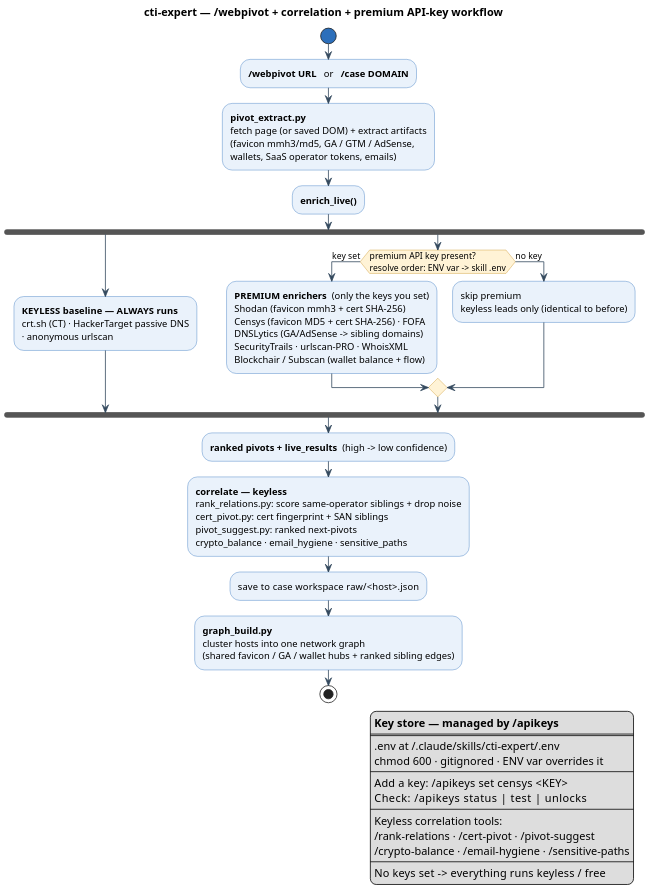
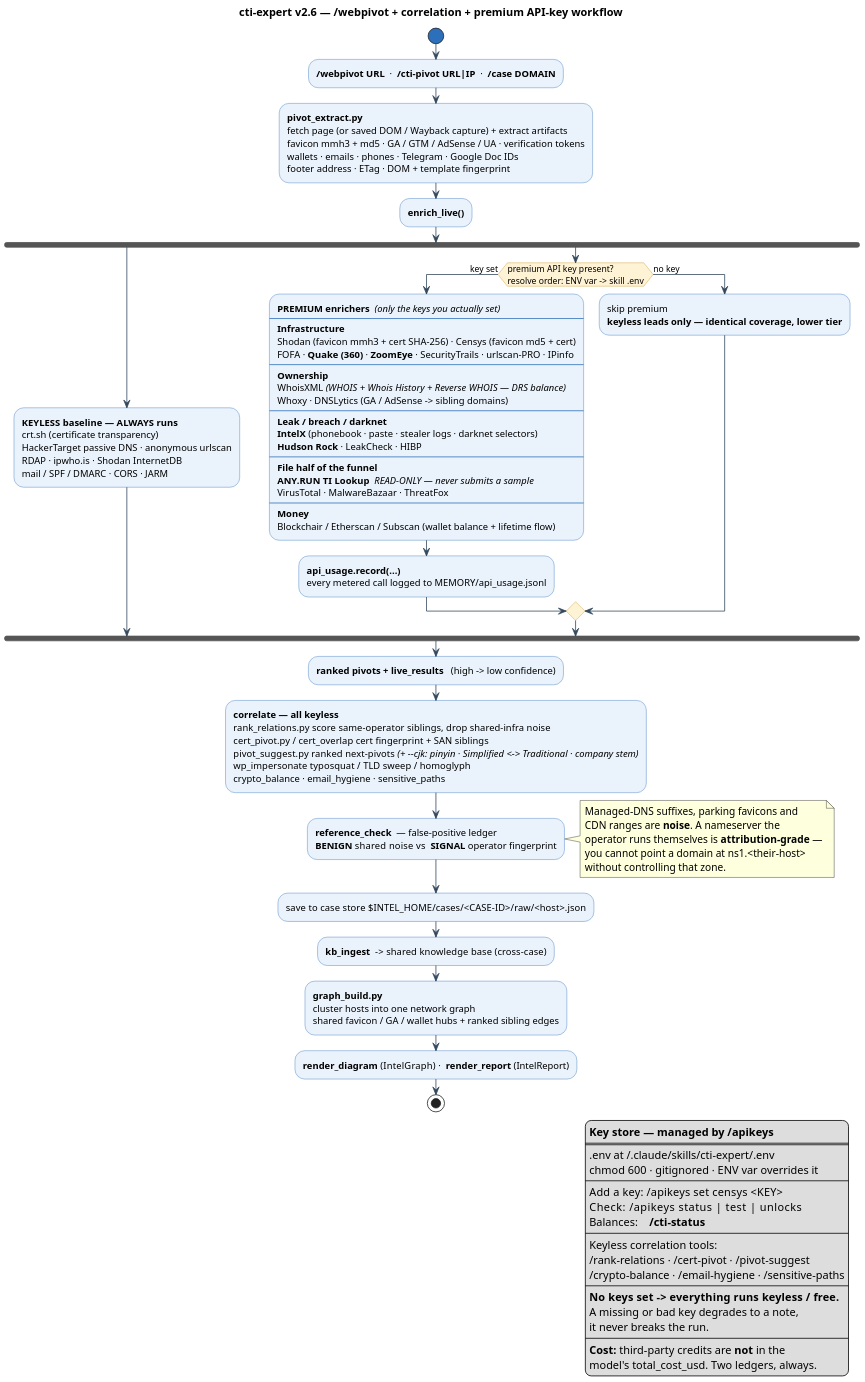
One commit to 7onez/cti-expert changed the diagram in workflow-apikeys.puml. Above: the diagram before and after it, drawn with PlantUML. The commit also changed 8 other files, not shown here.

```diff
--- a/workflow-apikeys.puml
+++ b/workflow-apikeys.puml
@@ -1,52 +1,96 @@
 @startuml
-title cti-expert — /webpivot + correlation + premium API-key workflow
+title cti-expert v2.6 — /webpivot + correlation + premium API-key workflow
 skinparam shadowing false
 skinparam dpi 150
 skinparam defaultFontName "Segoe UI"
 skinparam ArrowColor #34495E
 skinparam activity {
   BackgroundColor #EAF2FB
   BorderColor #2C6FBB
   DiamondBackgroundColor #FFF3D6
   DiamondBorderColor #C8901F
   StartColor #2C6FBB
   EndColor #2C6FBB
 }
 
 start
-:**/webpivot URL**   or   **/case DOMAIN**;
-:**pivot_extract.py**\nfetch page (or saved DOM) + extract artifacts\n(favicon mmh3/md5, GA / GTM / AdSense,\nwallets, SaaS operator tokens, emails);
+:**/webpivot URL**  ·  **/cti-pivot URL|IP**  ·  **/case DOMAIN**;
+:**pivot_extract.py**\nfetch page (or saved DOM / Wayback capture) + extract artifacts\nfavicon mmh3 + md5 · GA / GTM / AdSense / UA · verification tokens\nwallets · emails · phones · Telegram · Google Doc IDs\nfooter address · ETag · DOM + template fingerprint;
 :**enrich_live()**;
 
 fork
-  :**KEYLESS baseline — ALWAYS runs**\ncrt.sh (CT) · HackerTarget passive DNS\n· anonymous urlscan;
+  :**KEYLESS baseline — ALWAYS runs**\ncrt.sh (certificate transparency)\nHackerTarget passive DNS · anonymous urlscan\nRDAP · ipwho.is · Shodan InternetDB\nmail / SPF / DMARC · CORS · JARM;
 fork again
   if (premium API key present?\nresolve order: ENV var -> skill .env) then (key set)
-    :**PREMIUM enrichers**  (only the keys you set)\nShodan (favicon mmh3 + cert SHA-256)\nCensys (favicon MD5 + cert SHA-256) · FOFA\nDNSLytics (GA/AdSense -> sibling domains)\nSecurityTrails · urlscan-PRO · WhoisXML\nBlockchair / Subscan (wallet balance + flow);
+    :**PREMIUM enrichers**  //(only the keys you actually set)//
+    ----
+    **Infrastructure**
+    Shodan (favicon mmh3 + cert SHA-256) · Censys (favicon md5 + cert)
+    FOFA · **Quake (360)** · **ZoomEye** · SecurityTrails · urlscan-PRO · IPinfo
+    ----
+    **Ownership**
+    WhoisXML //(WHOIS + Whois History + Reverse WHOIS — DRS balance)//
+    Whoxy · DNSLytics (GA / AdSense -> sibling domains)
+    ----
+    **Leak / breach / darknet**
+    **IntelX** (phonebook · paste · stealer logs · darknet selectors)
+    **Hudson Rock** · LeakCheck · HIBP
+    ----
+    **File half of the funnel**
+    **ANY.RUN TI Lookup**  //READ-ONLY — never submits a sample//
+    VirusTotal · MalwareBazaar · ThreatFox
+    ----
+    **Money**
+    Blockchair / Etherscan / Subscan (wallet balance + lifetime flow);
+    :**api_usage.record(...)**\nevery metered call logged to MEMORY/api_usage.jsonl;
   else (no key)
-    :skip premium\nkeyless leads only (identical to before);
+    :skip premium\n**keyless leads only — identical coverage, lower tier**;
   endif
 end fork
 
-:**ranked pivots + live_results**  (high -> low confidence);
-:**correlate — keyless**\nrank_relations.py: score same-operator siblings + drop noise\ncert_pivot.py: cert fingerprint + SAN siblings\npivot_suggest.py: ranked next-pivots\ncrypto_balance · email_hygiene · sensitive_paths;
-:save to case workspace   raw/<host>.json;
-:**graph_build.py**\ncluster hosts into one network graph\n(shared favicon / GA / wallet hubs + ranked sibling edges);
+:**ranked pivots + live_results**   (high -> low confidence);
+
+:**correlate — all keyless**
+rank_relations.py  score same-operator siblings, drop shared-infra noise
+cert_pivot.py / cert_overlap  cert fingerprint + SAN siblings
+pivot_suggest.py  ranked next-pivots //(+ ~--cjk: pinyin · Simplified <-> Traditional · company stem)//
+wp_impersonate  typosquat / TLD sweep / homoglyph
+crypto_balance · email_hygiene · sensitive_paths;
+
+:**reference_check**  — false-positive ledger\n**BENIGN** shared noise  vs  **SIGNAL** operator fingerprint;
+note right
+  Managed-DNS suffixes, parking favicons and
+  CDN ranges are **noise**. A nameserver the
+  operator runs themselves is **attribution-grade** —
+  you cannot point a domain at ns1.<their-host>
+  without controlling that zone.
+end note
+
+:save to case store   $INTEL_HOME/cases/<CASE-ID>/raw/<host>.json;
+:**kb_ingest**  ->  shared knowledge base (cross-case);
+:**graph_build.py**\ncluster hosts into one network graph\nshared favicon / GA / wallet hubs + ranked sibling edges;
+:**render_diagram** (IntelGraph)  ·  **render_report** (IntelReport);
 stop
 
 legend right
   **Key store — managed by /apikeys**
   ====
   .env at ~/.claude/skills/cti-expert/.env
   chmod 600 · gitignored · ENV var overrides it
   ----
   Add a key:   /apikeys set censys <KEY>
   Check:       /apikeys status | test | unlocks
+  Balances:    **/cti-status**
   ----
   Keyless correlation tools:
   /rank-relations · /cert-pivot · /pivot-suggest
   /crypto-balance · /email-hygiene · /sensitive-paths
   ----
-  No keys set  ->  everything runs keyless / free
+  **No keys set  ->  everything runs keyless / free.**
+  A missing or bad key degrades to a note,
+  it never breaks the run.
+  ----
+  **Cost:** third-party credits are **not** in the
+  model's total_cost_usd. Two ledgers, always.
 endlegend
 @enduml
```
